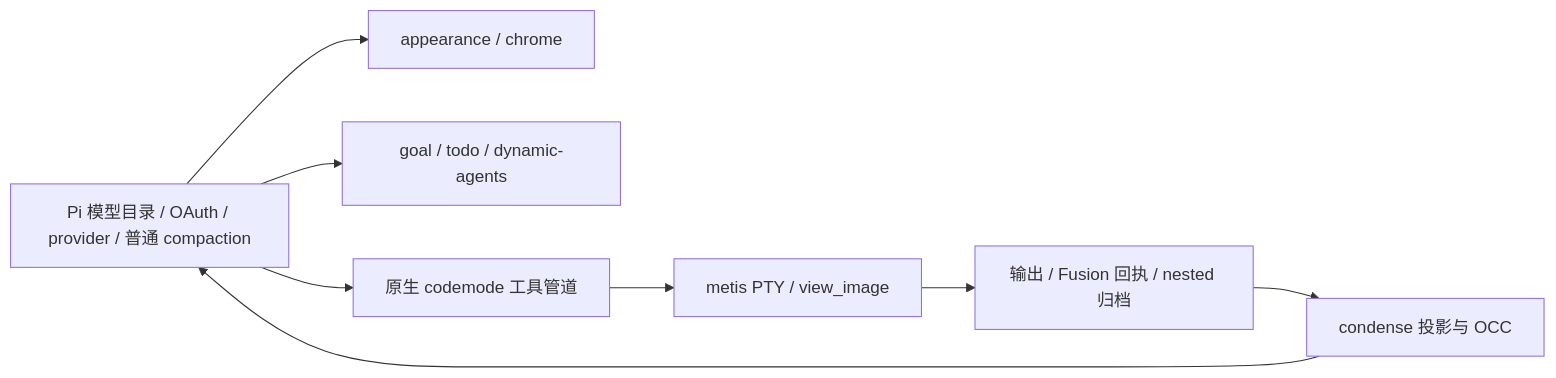
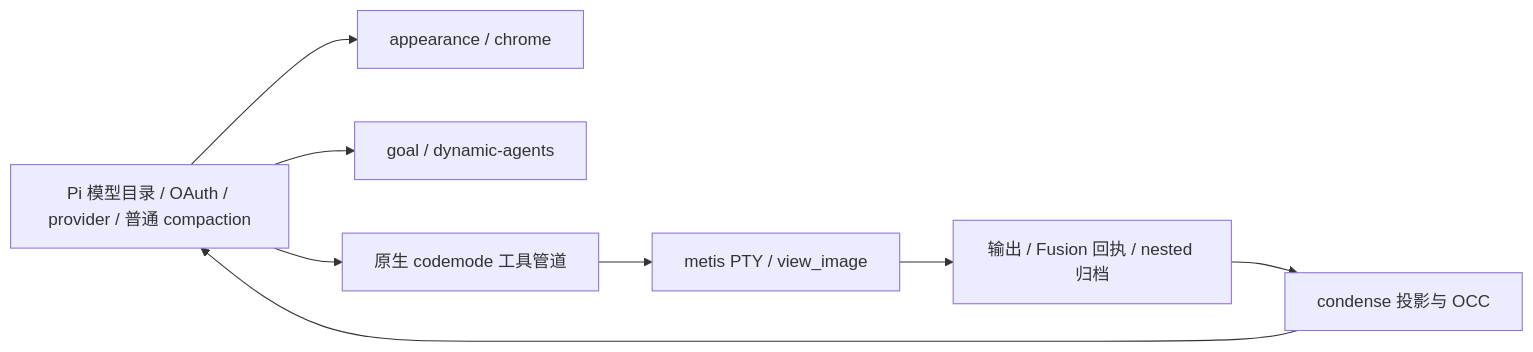
Before and after one commit to Rycen7822/metis-pi: the diagram in docs/architecture.md, drawn with Mermaid. The commit also changed other lines of this file and 30 other files, not shown here.

````diff
--- a/docs/architecture.md
+++ b/docs/architecture.md
@@ -40,10 +39,10 @@
 ```mermaid
 flowchart LR
     Pi[Pi 模型目录 / OAuth / provider / 普通 compaction] --> Display[appearance / chrome]
-    Pi --> Features[goal / todo / dynamic-agents]
+    Pi --> Features[goal / dynamic-agents]
     Pi --> Native[原生 codemode 工具管道]
     Native --> Execution[metis PTY / view_image]
     Execution --> Archive[输出 / Fusion 回执 / nested 归档]
     Archive --> Condense[condense 投影与 OCC]
     Condense --> Pi
 ```
````
